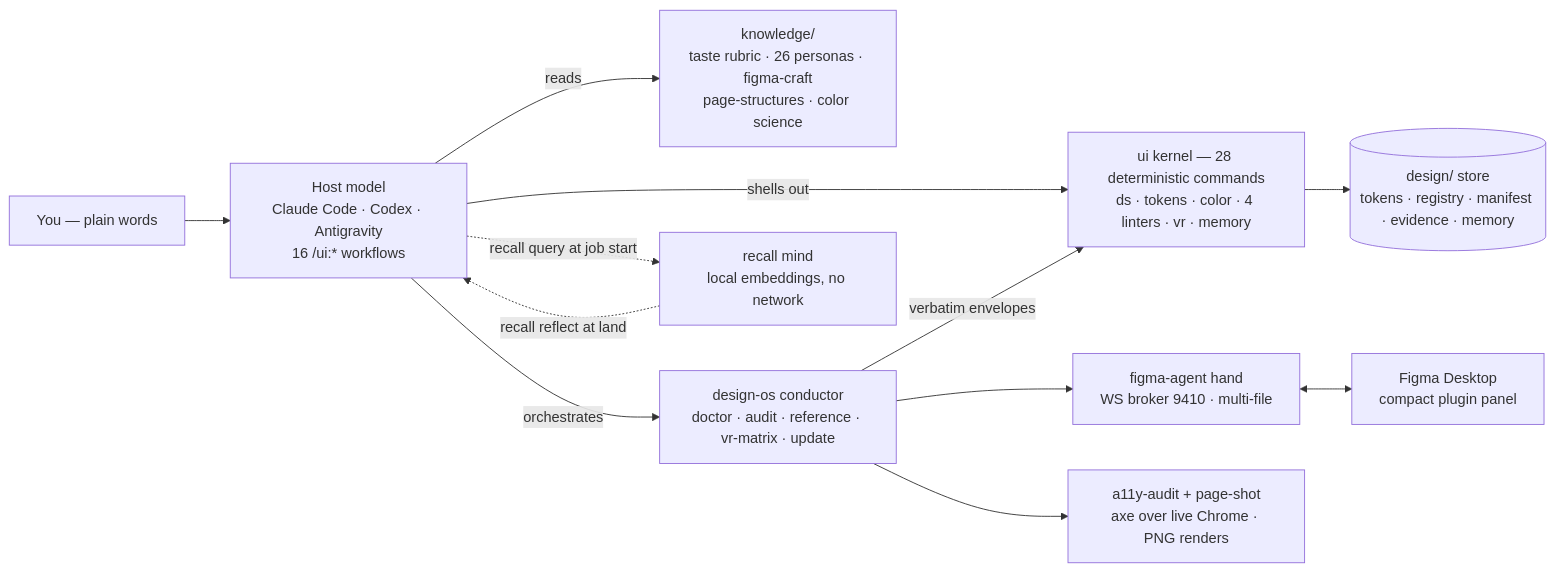
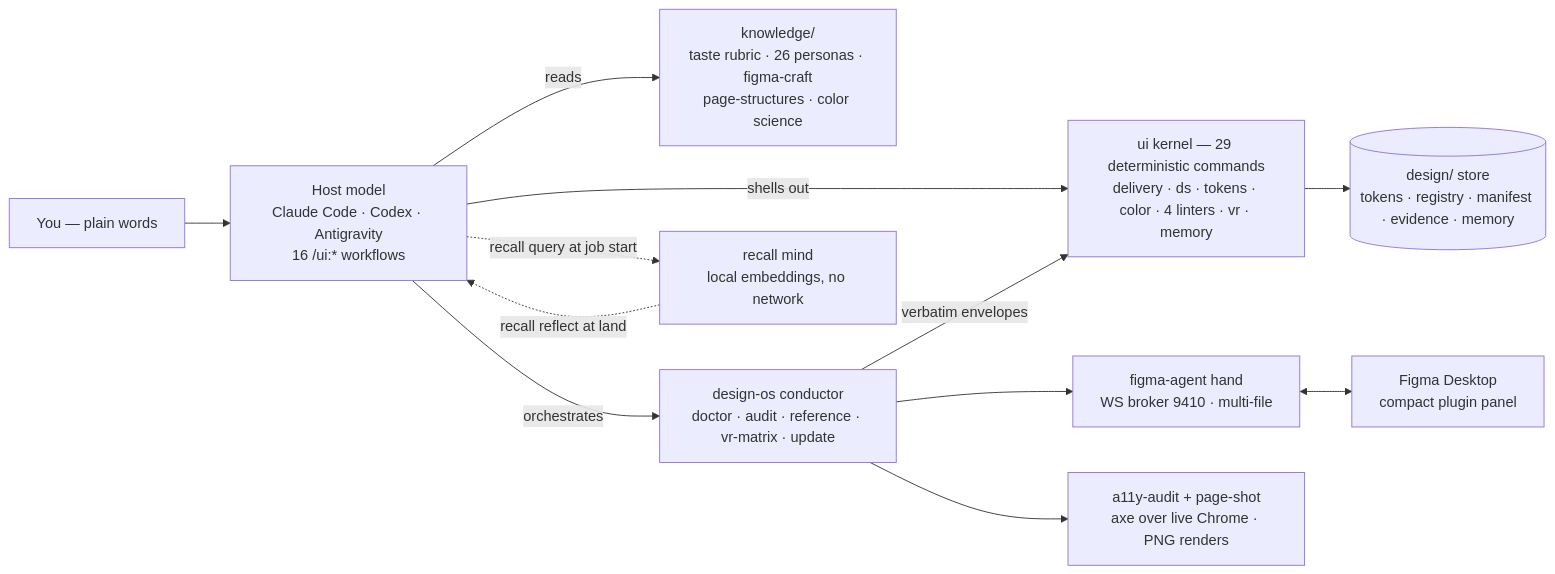
Before and after one commit to jangtrinh/design-os: the first of 2 diagrams in README.md, drawn with Mermaid. The commit also changed other lines of this file and 18 other files, not shown here.

````diff
--- a/README.md
+++ b/README.md
@@ -208,14 +250,14 @@
 ```mermaid
 flowchart LR
     U["You — plain words"] --> HM["Host model<br/>Claude Code · Codex · Antigravity<br/>16 /ui:* workflows"]
     HM -- reads --> K["knowledge/<br/>taste rubric · 26 personas · figma-craft<br/>page-structures · color science"]
-    HM -- shells out --> UI["ui kernel — 28 deterministic commands<br/>ds · tokens · color · 4 linters · vr · memory"]
+    HM -- shells out --> UI["ui kernel — 29 deterministic commands<br/>delivery · ds · tokens · color · 4 linters · vr · memory"]
     HM -- orchestrates --> DOS["design-os conductor<br/>doctor · audit · reference · vr-matrix · update"]
     DOS -- verbatim envelopes --> UI
     DOS --> FA["figma-agent hand<br/>WS broker 9410 · multi-file"]
     DOS --> AX["a11y-audit + page-shot<br/>axe over live Chrome · PNG renders"]
     HM -. "recall query at job start" .-> RC["recall mind<br/>local embeddings, no network"]
     RC -. "recall reflect at land" .-> HM
     FA <--> FIG["Figma Desktop<br/>compact plugin panel"]
     UI --> DS[("design/ store<br/>tokens · registry · manifest · evidence · memory")]
 ```
````
